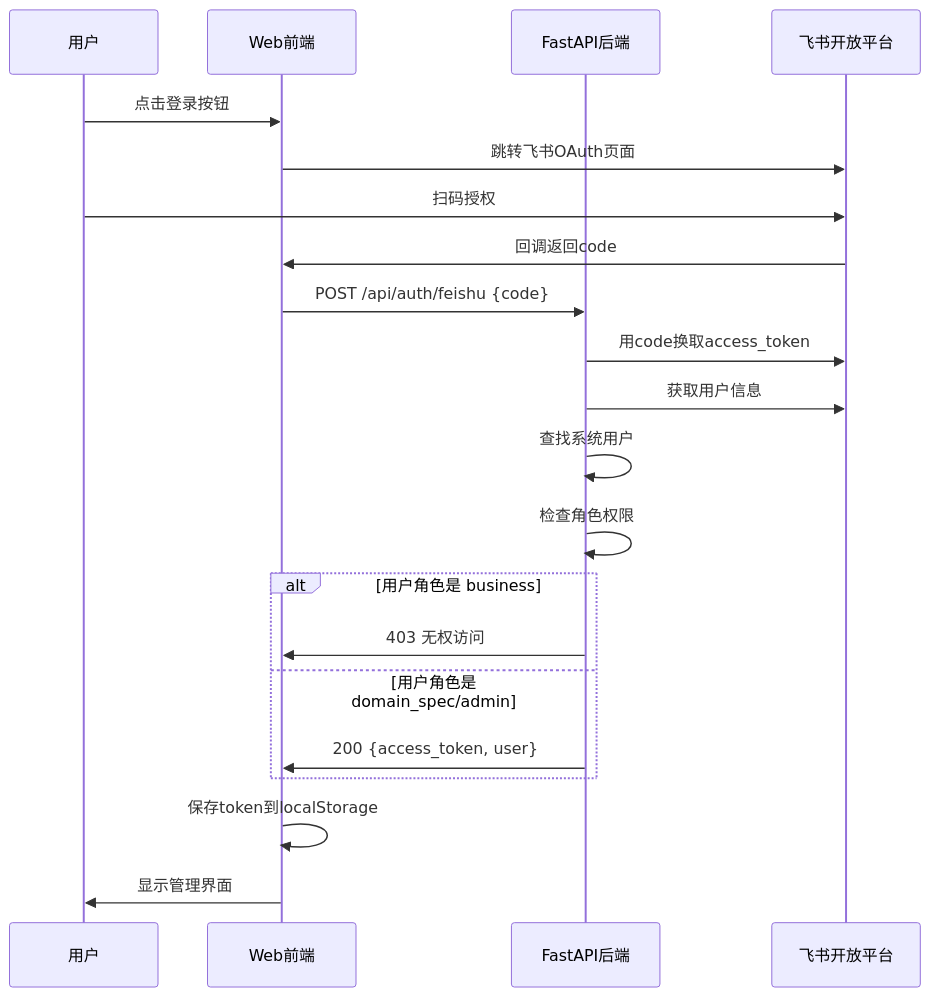
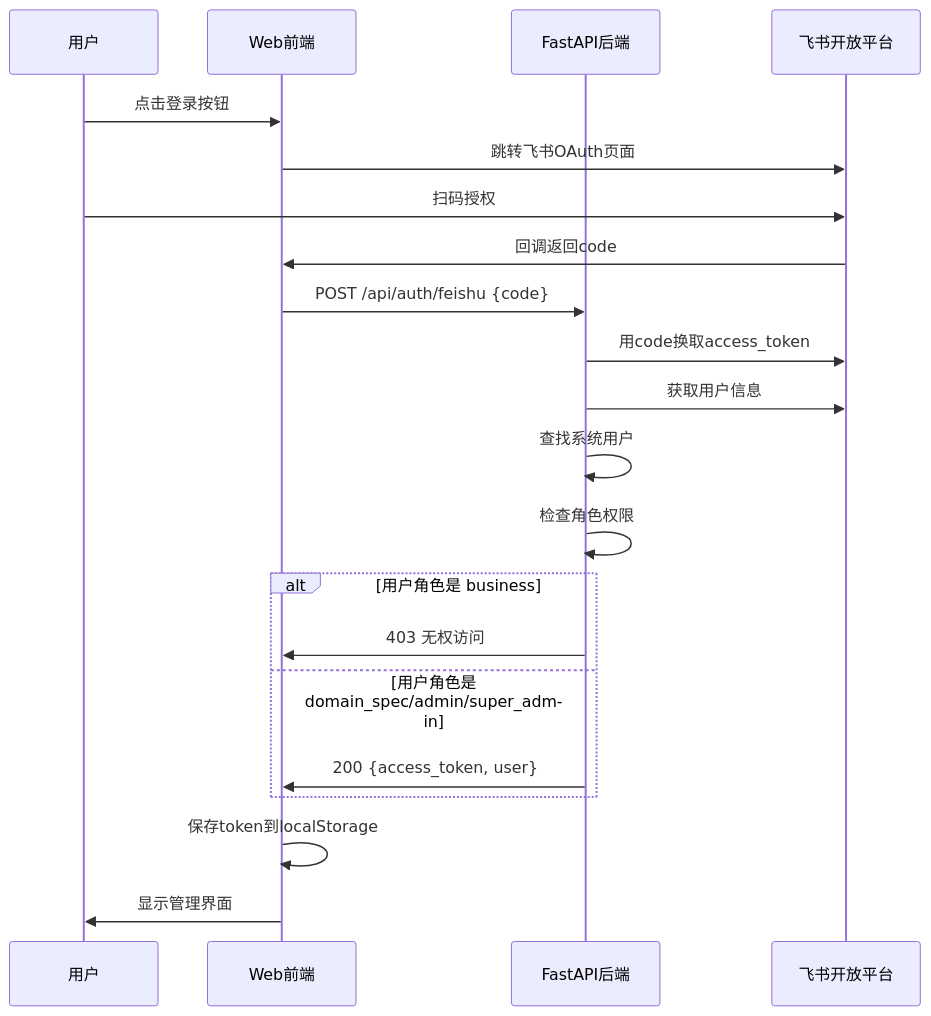
The fourth of 4 diagrams in docs/arch.md (953641016/domain-manager), drawn with Mermaid before and after one commit. The commit also changed other lines of this file and 1 other file, not shown here.

````diff
--- a/docs/arch.md
+++ b/docs/arch.md
@@ -1936,24 +1953,24 @@
 ```mermaid
 sequenceDiagram
     participant User as 用户
     participant Frontend as Web前端
     participant Backend as FastAPI后端
     participant Feishu as 飞书开放平台
 
     User->>Frontend: 点击登录按钮
     Frontend->>Feishu: 跳转飞书OAuth页面
     User->>Feishu: 扫码授权
     Feishu->>Frontend: 回调返回code
     Frontend->>Backend: POST /api/auth/feishu {code}
     Backend->>Feishu: 用code换取access_token
     Backend->>Feishu: 获取用户信息
     Backend->>Backend: 查找系统用户
     Backend->>Backend: 检查角色权限
     alt 用户角色是 business
         Backend->>Frontend: 403 无权访问
-    else 用户角色是 domain_spec/admin
+    else 用户角色是 domain_spec/admin/super_admin
         Backend->>Frontend: 200 {access_token, user}
     end
     Frontend->>Frontend: 保存token到localStorage
     Frontend->>User: 显示管理界面
 ```
````
